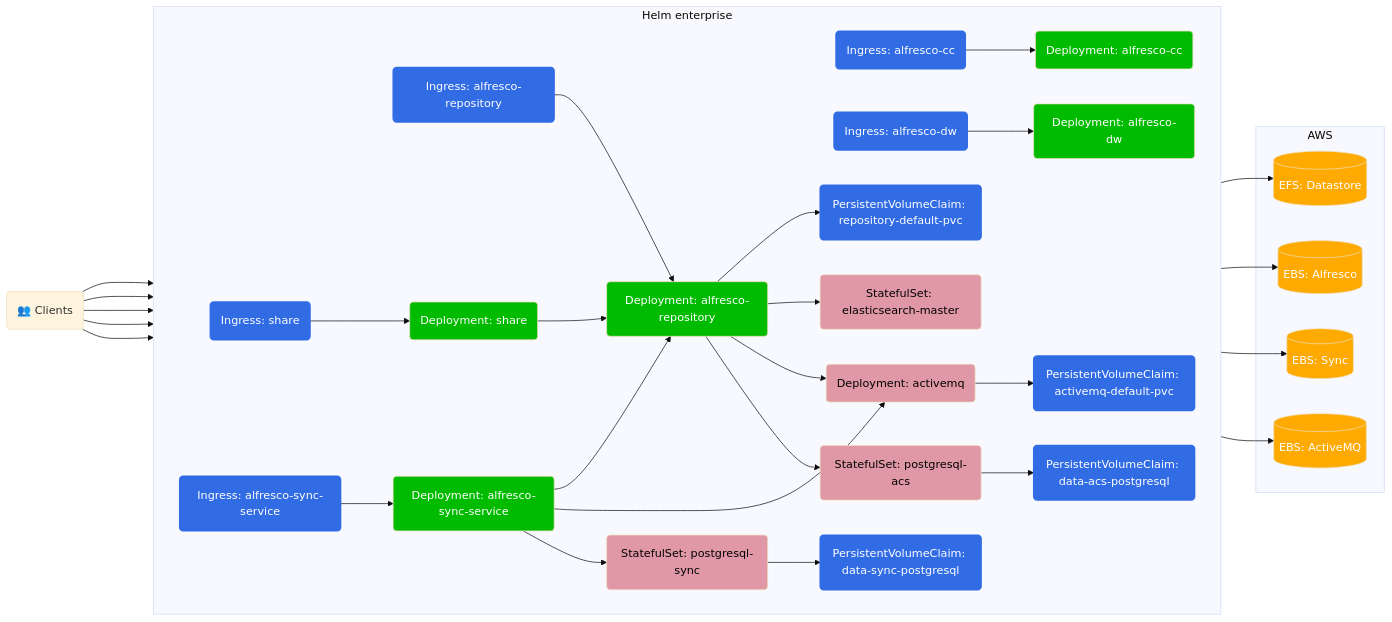
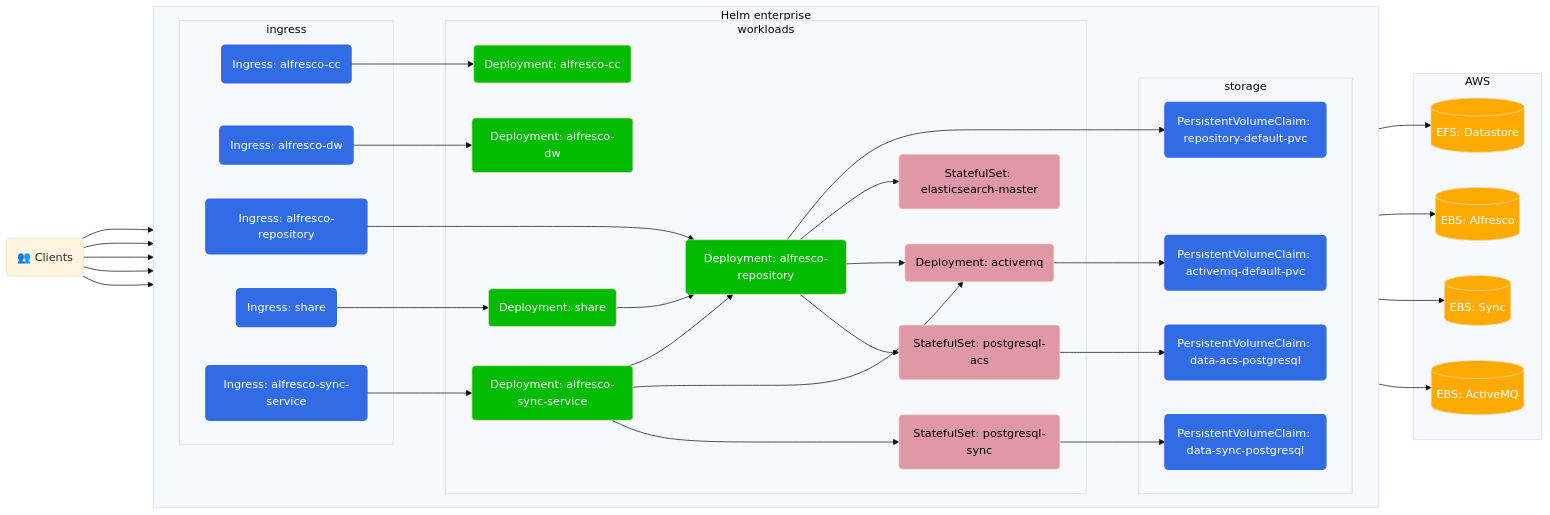
Before and after one commit to Alfresco/acs-deployment: the first of 4 diagrams in docs/helm/eks-deployment.md, drawn with Mermaid (base theme). The commit also changed other lines of this file, not shown here.

Commit message:
add subgraphs to eks diagrams too

````diff
--- a/docs/helm/eks-deployment.md
+++ b/docs/helm/eks-deployment.md
@@ -25,61 +25,67 @@
 ```mermaid
 graph LR
 
 classDef alf fill:#0b0,color:#fff
 classDef aws fill:#fa0,color:#fff
 classDef k8s fill:#326ce5,stroke:#326ce5,stroke-width:2px,color:#fff
 classDef thrdP fill:#e098a6,color:#000
 
 Client("👥 Clients")
 
 subgraph Helm enterprise
   direction LR
-  PersistentVolumeClaim_activemq-default-pvc(PersistentVolumeClaim: activemq-default-pvc):::k8s
-  PersistentVolumeClaim_data-acs-postgresql(PersistentVolumeClaim: data-acs-postgresql):::k8s
-  PersistentVolumeClaim_data-sync-postgresql(PersistentVolumeClaim: data-sync-postgresql):::k8s
-  PersistentVolumeClaim_repository-default-pvc(PersistentVolumeClaim: repository-default-pvc):::k8s
+  subgraph storage
+    PersistentVolumeClaim_activemq-default-pvc(PersistentVolumeClaim: activemq-default-pvc):::k8s
+    PersistentVolumeClaim_data-acs-postgresql(PersistentVolumeClaim: data-acs-postgresql):::k8s
+    PersistentVolumeClaim_data-sync-postgresql(PersistentVolumeClaim: data-sync-postgresql):::k8s
+    PersistentVolumeClaim_repository-default-pvc(PersistentVolumeClaim: repository-default-pvc):::k8s
+  end
 
-  Deployment_activemq(Deployment: activemq):::thrdP
-  Deployment_alfresco-cc(Deployment: alfresco-cc):::alf
-  Deployment_alfresco-dw(Deployment: alfresco-dw):::alf
-  Deployment_alfresco-repository(Deployment: alfresco-repository):::alf
-  Deployment_alfresco-sync-service(Deployment: alfresco-sync-service):::alf
-  Deployment_share(Deployment: share):::alf
+  subgraph workloads
+    Deployment_activemq(Deployment: activemq):::thrdP
+    Deployment_alfresco-cc(Deployment: alfresco-cc):::alf
+    Deployment_alfresco-dw(Deployment: alfresco-dw):::alf
+    Deployment_alfresco-repository(Deployment: alfresco-repository):::alf
+    Deployment_alfresco-sync-service(Deployment: alfresco-sync-service):::alf
+    Deployment_share(Deployment: share):::alf
 
-  StatefulSet_elasticsearch-master(StatefulSet: elasticsearch-master):::thrdP
-  StatefulSet_postgresql-sync(StatefulSet: postgresql-sync):::thrdP
-  StatefulSet_postgresql-acs(StatefulSet: postgresql-acs):::thrdP
+    StatefulSet_elasticsearch-master(StatefulSet: elasticsearch-master):::thrdP
+    StatefulSet_postgresql-sync(StatefulSet: postgresql-sync):::thrdP
+    StatefulSet_postgresql-acs(StatefulSet: postgresql-acs):::thrdP
+  end
 
-  Ingress_alfresco-cc(Ingress: alfresco-cc):::k8s
-  Ingress_alfresco-dw(Ingress: alfresco-dw):::k8s
-  Ingress_alfresco-repository(Ingress: alfresco-repository):::k8s
-  Ingress_alfresco-sync-service(Ingress: alfresco-sync-service):::k8s
-  Ingress_share(Ingress: share):::k8s
+  subgraph ingress
+    Ingress_alfresco-cc(Ingress: alfresco-cc):::k8s
+    Ingress_alfresco-dw(Ingress: alfresco-dw):::k8s
+    Ingress_alfresco-repository(Ingress: alfresco-repository):::k8s
+    Ingress_alfresco-sync-service(Ingress: alfresco-sync-service):::k8s
+    Ingress_share(Ingress: share):::k8s
+  end
 end
 
 subgraph AWS
   EFS[(EFS: Datastore)]:::aws
   EBS-acs[(EBS: Alfresco)]:::aws
   EBS-sync[(EBS: Sync)]:::aws
   EBS-mq[(EBS: ActiveMQ)]:::aws
 end
 
 Client ---> Ingress_alfresco-cc --> Deployment_alfresco-cc
 Client ---> Ingress_alfresco-dw --> Deployment_alfresco-dw
 Client --> Ingress_alfresco-repository --> Deployment_alfresco-repository
 Client --> Ingress_share --> Deployment_share
 Client --> Ingress_alfresco-sync-service --> Deployment_alfresco-sync-service
 
 Deployment_share --> Deployment_alfresco-repository
 
 Deployment_alfresco-repository --> StatefulSet_postgresql-acs --> PersistentVolumeClaim_data-acs-postgresql --> EBS-acs
 Deployment_alfresco-repository --> Deployment_activemq
 Deployment_alfresco-repository --> StatefulSet_elasticsearch-master
 
 Deployment_alfresco-sync-service --> StatefulSet_postgresql-sync --> PersistentVolumeClaim_data-sync-postgresql --> EBS-sync
 Deployment_alfresco-sync-service --> Deployment_activemq
 Deployment_alfresco-sync-service --> Deployment_alfresco-repository
 
 Deployment_alfresco-repository --> PersistentVolumeClaim_repository-default-pvc --> EFS
 Deployment_activemq --> PersistentVolumeClaim_activemq-default-pvc --> EBS-mq
 ```
````
